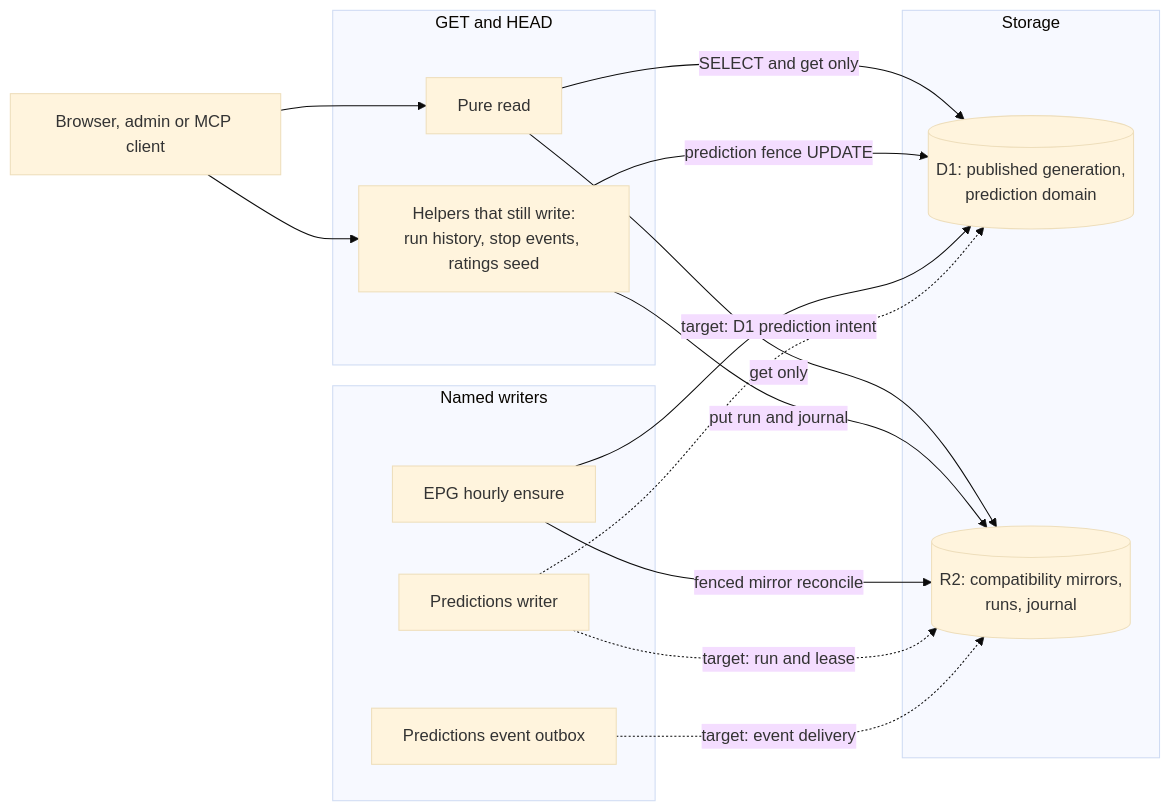
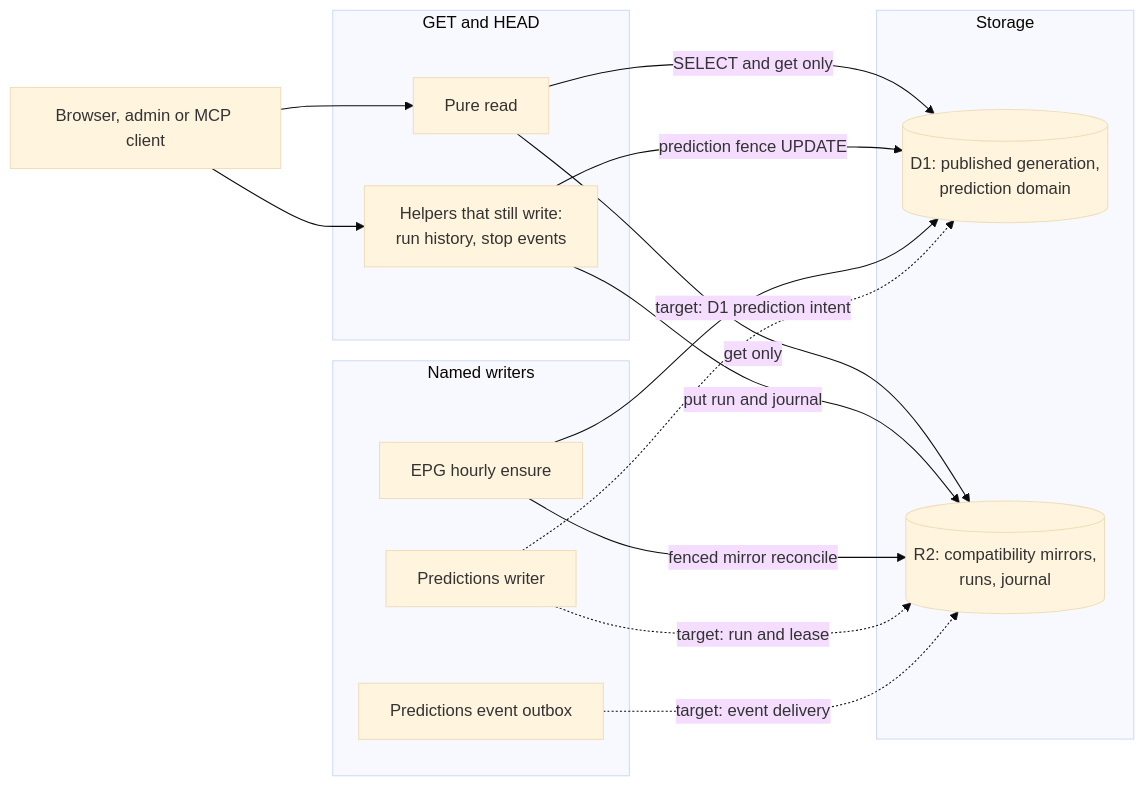
One commit to vladimino/iptv-watchlist changed the diagram in docs/architecture/read-side-effects.md. Above: the diagram before and after it, drawn with Mermaid (base theme). The commit also changed other lines of this file and 11 other files, not shown here.

First line of the commit message:
AIR-413: overlay ratings seed in memory on enrichment GET

````diff
--- a/docs/architecture/read-side-effects.md
+++ b/docs/architecture/read-side-effects.md
@@ -5,28 +5,28 @@
 ```mermaid
 flowchart LR
     client["Browser, admin or MCP client"]
     subgraph Read["GET and HEAD"]
         pure["Pure read"]
-        helper["Helpers that still write:<br/>run history, stop events, ratings seed"]
+        helper["Helpers that still write:<br/>run history, stop events"]
     end
     subgraph Writers["Named writers"]
         epg["EPG hourly ensure"]
         pred["Predictions writer"]
         outbox["Predictions event outbox"]
     end
     subgraph Storage["Storage"]
         d1[("D1: published generation,<br/>prediction domain")]
         r2[("R2: compatibility mirrors,<br/>runs, journal")]
     end
     client --> pure
     client --> helper
     pure -->|"SELECT and get only"| d1
     pure -->|"get only"| r2
     helper -->|"prediction fence UPDATE"| d1
     helper -->|"put run and journal"| r2
     epg -->|"fenced mirror reconcile"| r2
     epg --> d1
     pred -.->|"target: run and lease"| r2
     pred -.->|"target: D1 prediction intent"| d1
     outbox -.->|"target: event delivery"| r2
 ```
````
